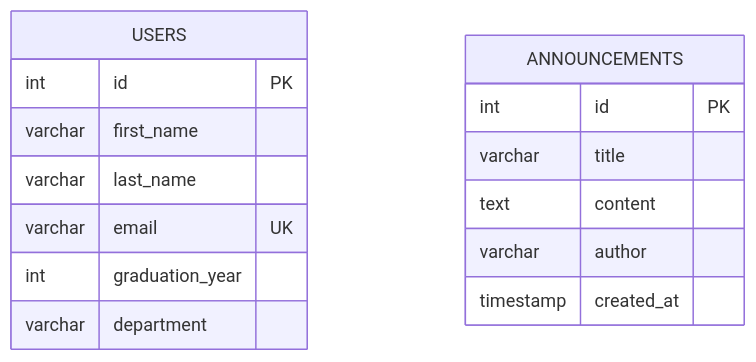
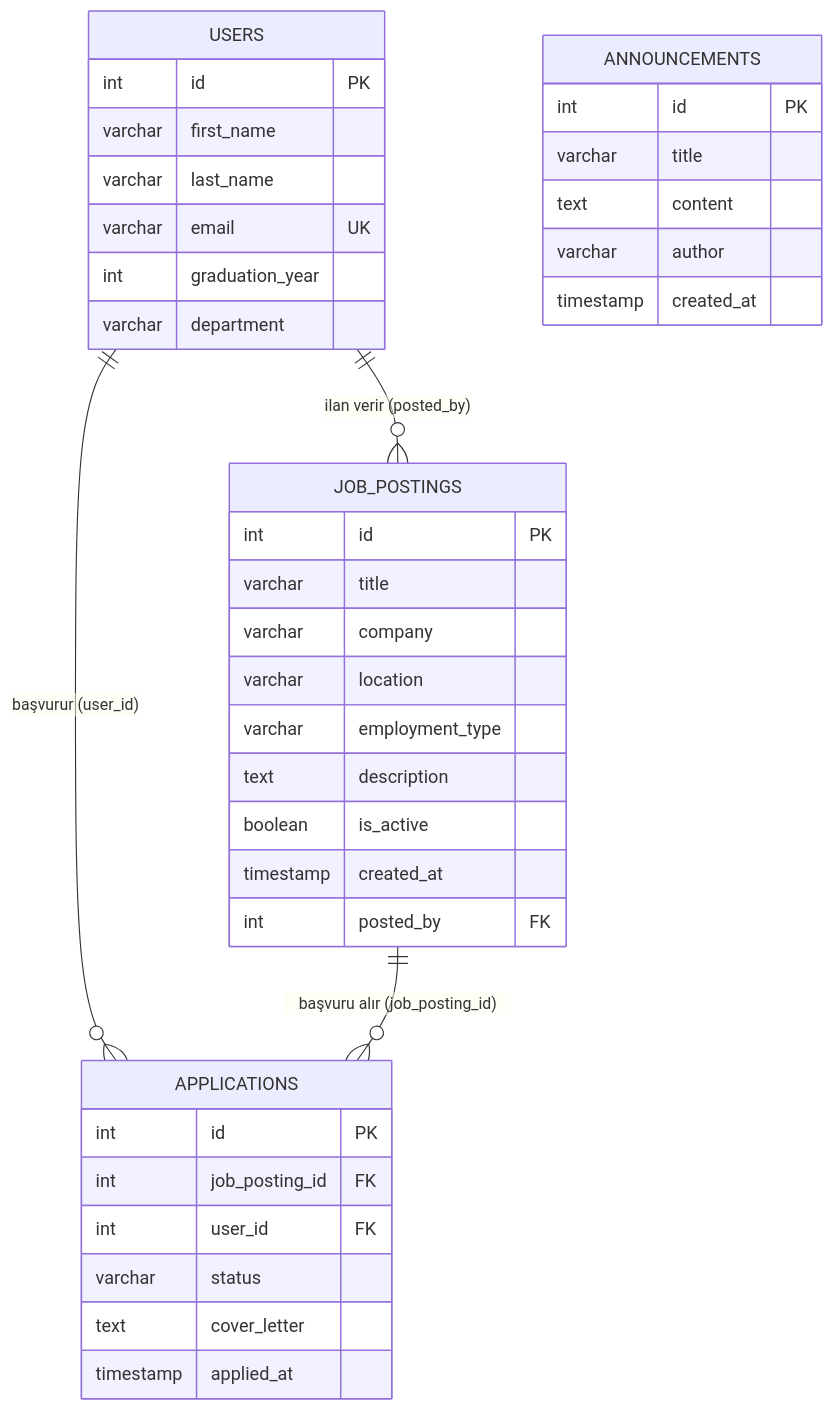
The first of 2 diagrams in ddd.md (aysetekgoz/Alumni), drawn with Mermaid before and after one commit. The commit also changed other lines of this file and 2 other files, not shown here.

Commit message:
Add job_postings and applications tables to ddd.md with Alembic migrations

````diff
--- a/ddd.md
+++ b/ddd.md
@@ -74,19 +136,44 @@
 ```mermaid
 erDiagram
     USERS {
         int id PK
         varchar first_name
         varchar last_name
         varchar email UK
         int graduation_year
         varchar department
     }
 
     ANNOUNCEMENTS {
         int id PK
         varchar title
         text content
         varchar author
         timestamp created_at
     }
+
+    JOB_POSTINGS {
+        int id PK
+        varchar title
+        varchar company
+        varchar location
+        varchar employment_type
+        text description
+        boolean is_active
+        timestamp created_at
+        int posted_by FK
+    }
+
+    APPLICATIONS {
+        int id PK
+        int job_posting_id FK
+        int user_id FK
+        varchar status
+        text cover_letter
+        timestamp applied_at
+    }
+
+    USERS ||--o{ JOB_POSTINGS : "ilan verir (posted_by)"
+    USERS ||--o{ APPLICATIONS : "başvurur (user_id)"
+    JOB_POSTINGS ||--o{ APPLICATIONS : "başvuru alır (job_posting_id)"
 ```
````
